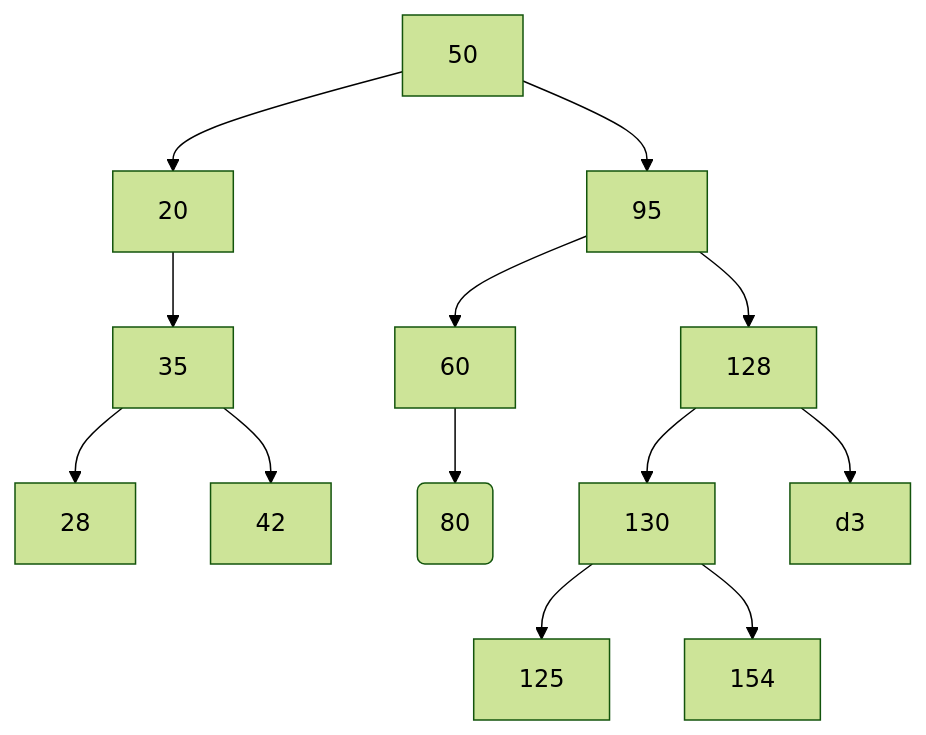
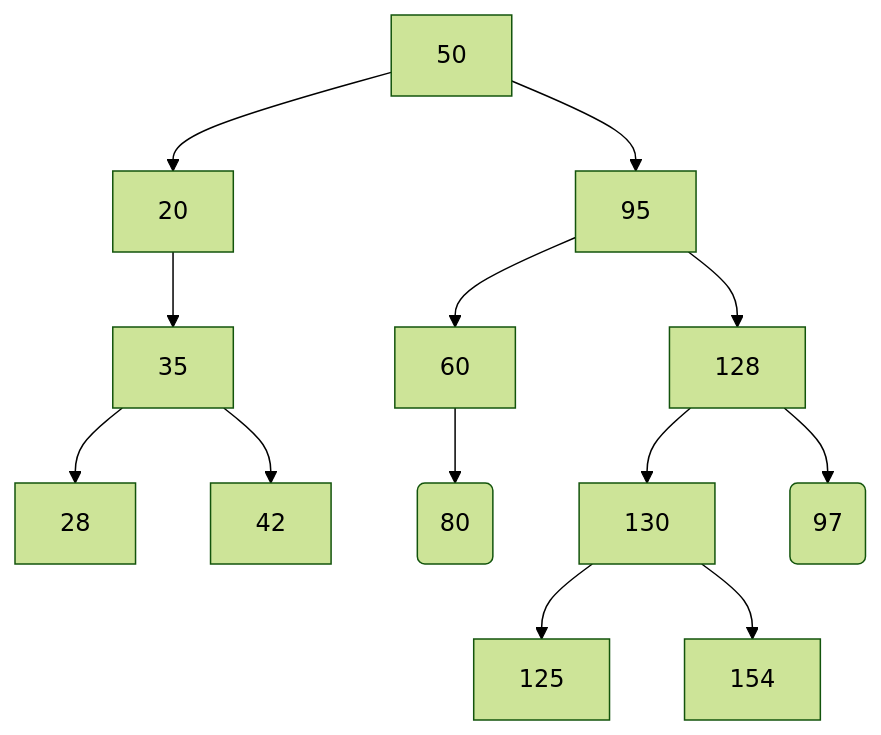
Before and after one commit to ay19t89/obsidian-sync: the diagram in GA/BUIA 4E.md, drawn with Mermaid (forest theme). The commit also changed other lines of this file, not shown here.

Commit message:
Obsidian sync 2026-11-06T11:01:17.798Z

````diff
--- a/GA/BUIA 4E.md
+++ b/GA/BUIA 4E.md
@@ -204,17 +205,18 @@
 ```mermaid
 graph TD
     A[50] --> B[20]
     
     A --> b[95]
     B --> C[35]
     C --> D1[28]
     C --> D2[42]
     
+    %% () je přidány %%
     b --> c1[60]
     b --> c2[128]
     c1 --> d1(80)
     c2 --> d2[130]
-    c2 --> d3
+    c2 --> d3(97)
     d2 --> 125
     d2 --> 154
 ```
````
